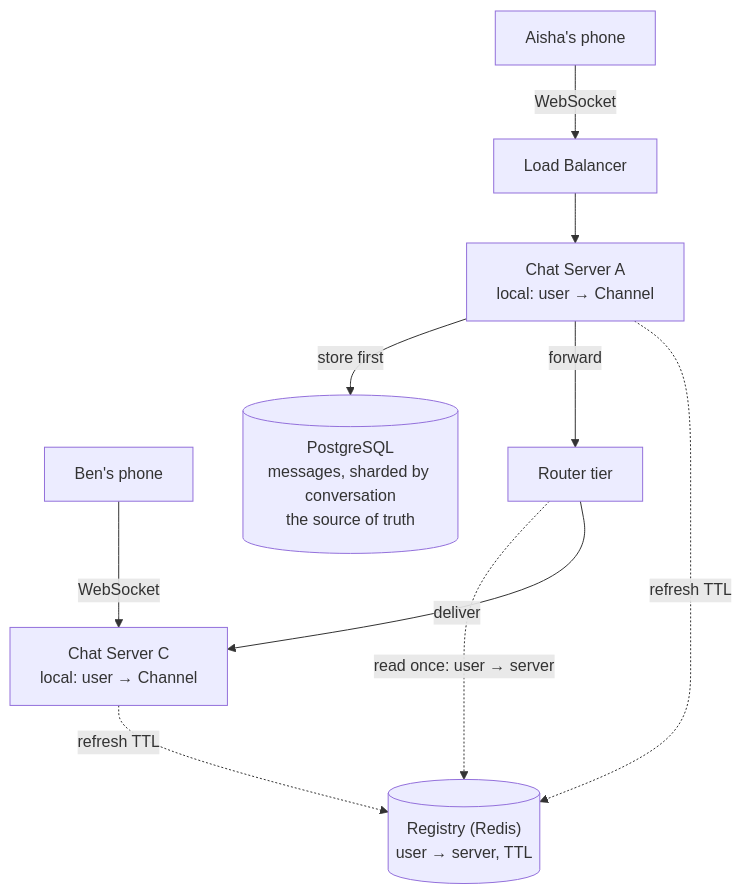
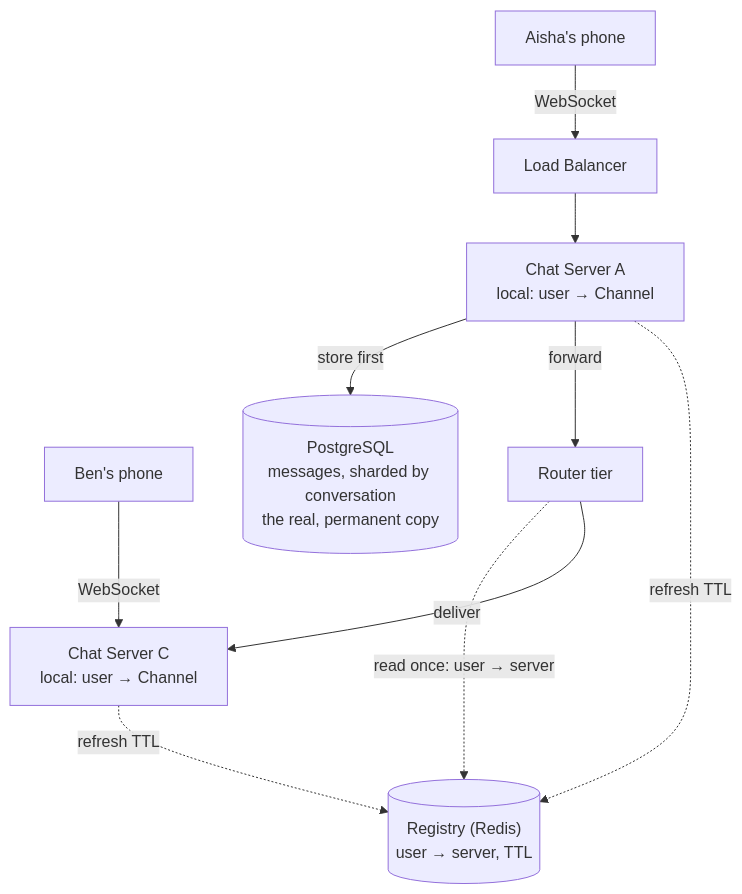
Before and after one commit to psquared-dev/java-questions: the fourth of 4 diagrams in system-design/new/04. whatsapp.md, drawn with Mermaid. The commit also changed other lines of this file, not shown here.

````diff
--- a/system-design/new/04. whatsapp.md
+++ b/system-design/new/04. whatsapp.md
@@ -681,19 +896,19 @@
 ```mermaid
 graph TB
     P1["Aisha's phone"]
     P2["Ben's phone"]
     LB["Load Balancer"]
-    C1["Chat Server A<br/>local: user → Channel"]
-    C3["Chat Server C<br/>local: user → Channel"]
+    A["Chat Server A<br/>local: user → Channel"]
+    C["Chat Server C<br/>local: user → Channel"]
     R["Router tier"]
     Reg[("Registry (Redis)<br/>user → server, TTL")]
-    PG[("PostgreSQL<br/>messages, sharded by conversation<br/>the source of truth")]
-    P1 -- " WebSocket " --> LB --> C1
-    P2 -- " WebSocket " --> C3
-    C1 -- " store first " --> PG
-    C1 -- " forward " --> R
+    PG[("PostgreSQL<br/>messages, sharded by conversation<br/>the real, permanent copy")]
+    P1 -- " WebSocket " --> LB --> A
+    P2 -- " WebSocket " --> C
+    A -- " store first " --> PG
+    A -- " forward " --> R
     R -. " read once: user → server " .-> Reg
-    R -- " deliver " --> C3
-    C1 -. " refresh TTL " .-> Reg
-    C3 -. " refresh TTL " .-> Reg
+    R -- " deliver " --> C
+    A -. " refresh TTL " .-> Reg
+    C -. " refresh TTL " .-> Reg
 ```
````
